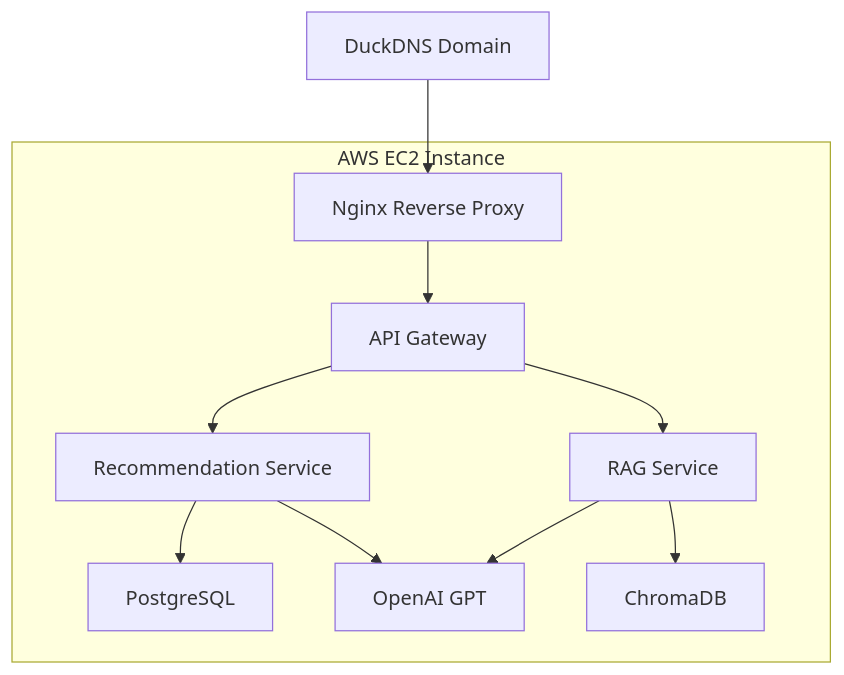
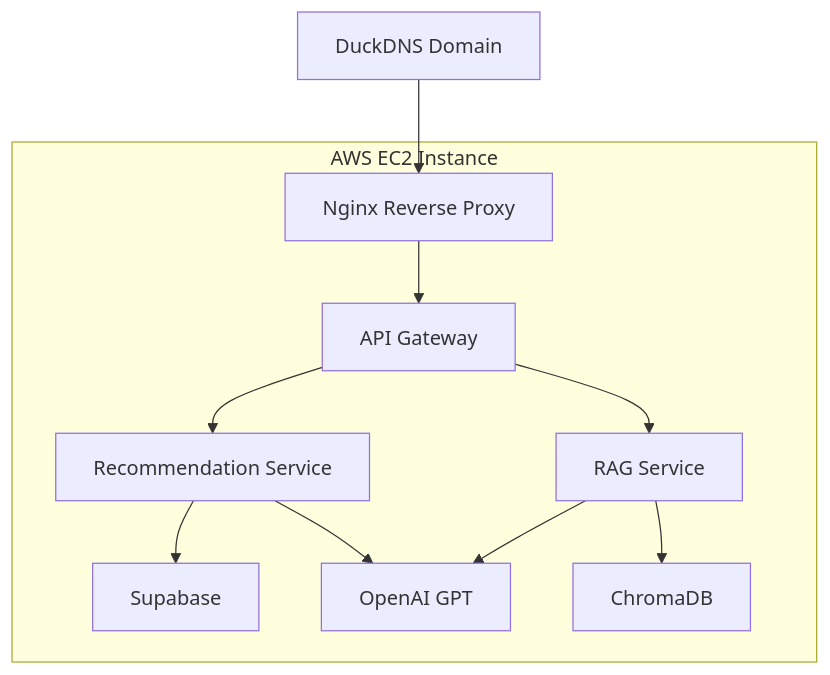
The fourth of 4 diagrams in README.md (ajaysathriai-afk/cardwise-ai-platform), drawn with Mermaid before and after one commit. The commit also changed other lines of this file, not shown here.

````diff
--- a/README.md
+++ b/README.md
@@ -165,25 +169,25 @@
 ```mermaid
 flowchart TD
 
 A[DuckDNS Domain]
 
 A --> B[Nginx Reverse Proxy]
 
 subgraph AWS EC2 Instance
 
 B --> C[API Gateway]
 
 C --> D[Recommendation Service]
 
 C --> E[RAG Service]
 
-D --> F[PostgreSQL]
+D --> F[Supabase]
 
 D --> G[OpenAI GPT]
 
 E --> H[ChromaDB]
 
 E --> G
 
 end
 ```
````
